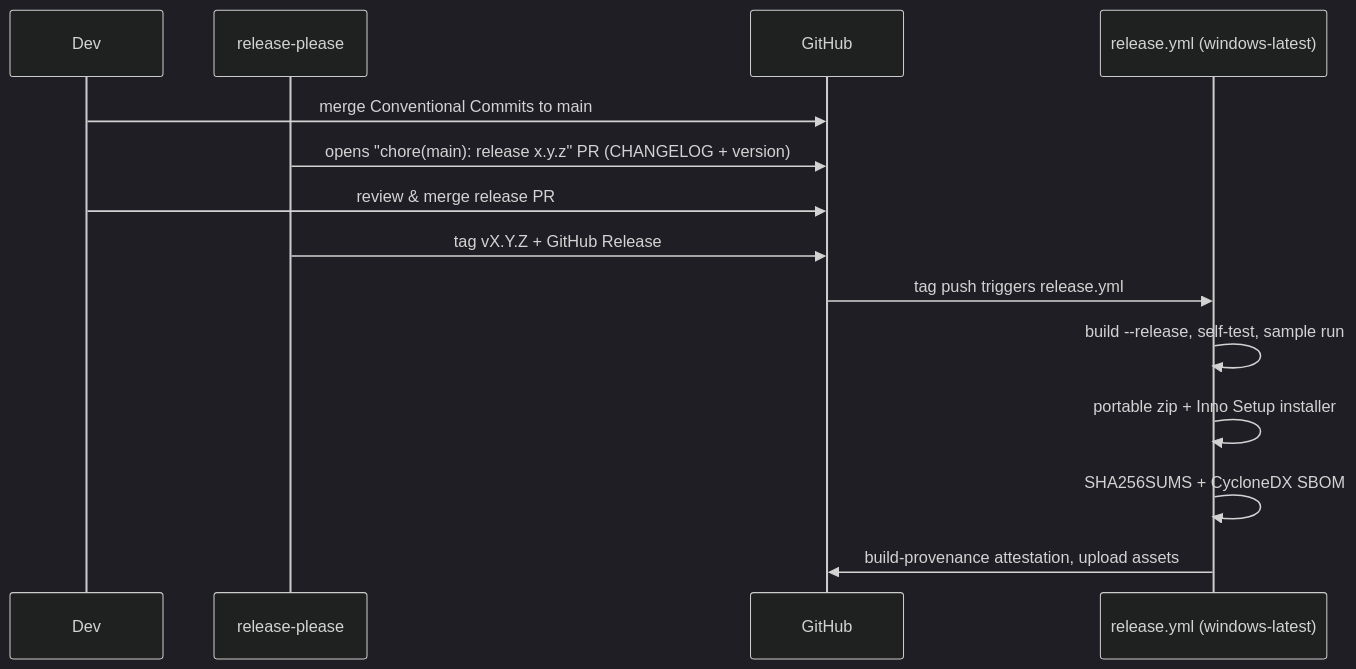
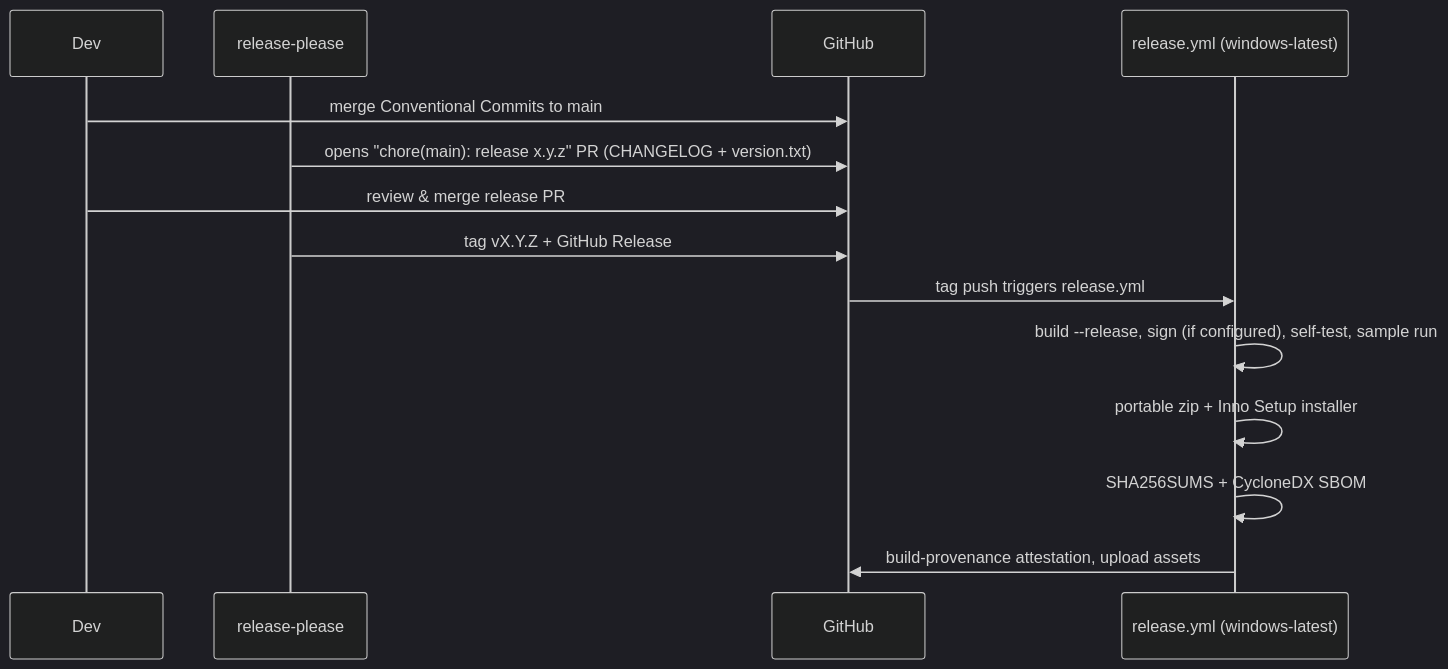
Before and after one commit to Panacota96/rv-triage: the third of 3 diagrams in docs/development.md, drawn with Mermaid (dark theme). The commit also changed other lines of this file and 85 other files, not shown here.

````diff
--- a/docs/development.md
+++ b/docs/development.md
@@ -43,16 +103,16 @@
 ```mermaid
 sequenceDiagram
     participant Dev
     participant RP as release-please
     participant GH as GitHub
     participant W as release.yml (windows-latest)
     Dev->>GH: merge Conventional Commits to main
-    RP->>GH: opens "chore(main): release x.y.z" PR (CHANGELOG + version)
+    RP->>GH: opens "chore(main): release x.y.z" PR (CHANGELOG + version.txt)
     Dev->>GH: review & merge release PR
     RP->>GH: tag vX.Y.Z + GitHub Release
     GH->>W: tag push triggers release.yml
-    W->>W: build --release, self-test, sample run
+    W->>W: build --release, sign (if configured), self-test, sample run
     W->>W: portable zip + Inno Setup installer
     W->>W: SHA256SUMS + CycloneDX SBOM
     W->>GH: build-provenance attestation, upload assets
 ```
````
